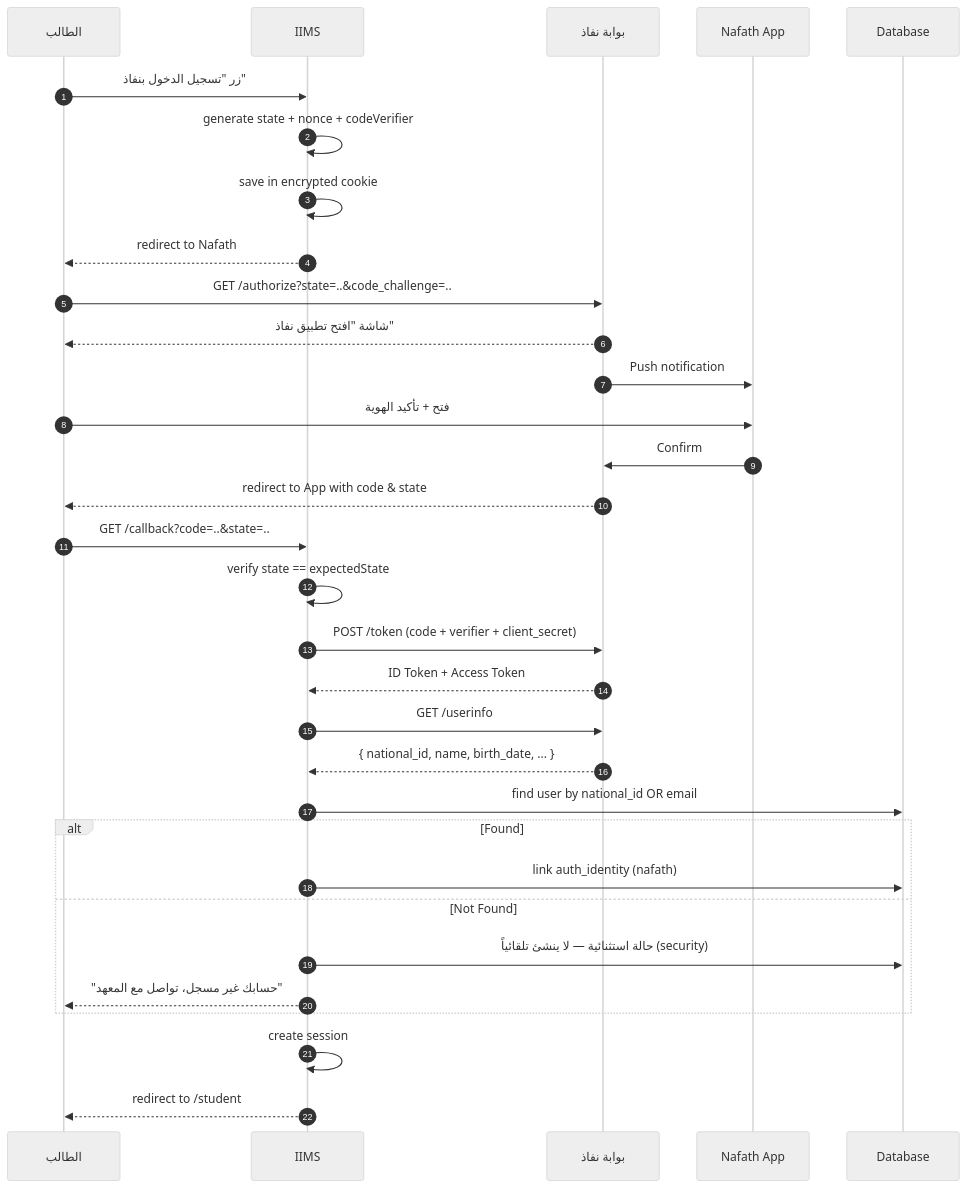
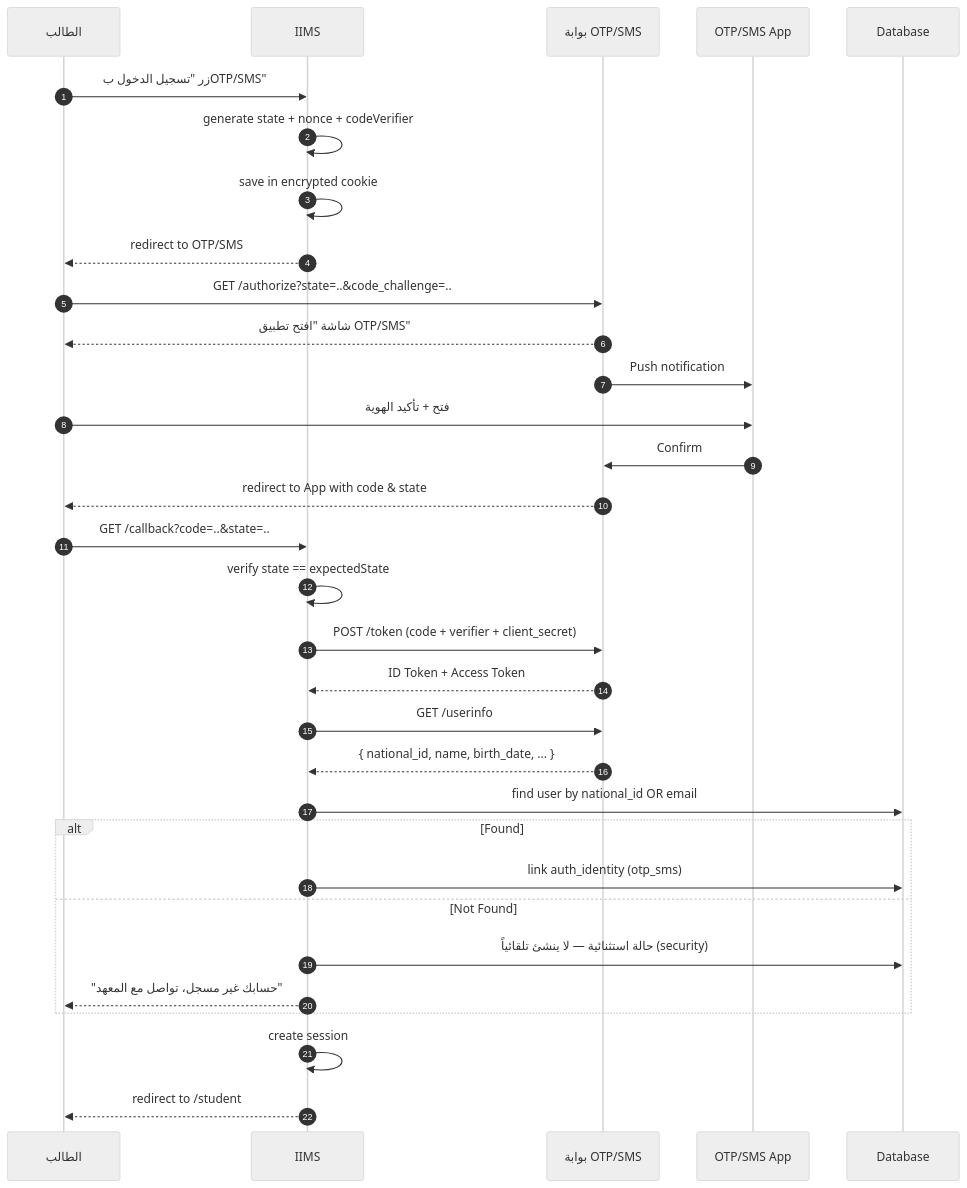
One commit to alharbib902-del/technical-handover changed the third of 4 diagrams in 03-المراحل-التنفيذية/10-التكاملات-والذكاء/خطة-المرحلة.md. Above: the diagram before and after it, drawn with Mermaid (neutral theme). The commit also changed other lines of this file and 22 other files, not shown here.

````diff
--- a/03-المراحل-التنفيذية/10-التكاملات-والذكاء/خطة-المرحلة.md
+++ b/03-المراحل-التنفيذية/10-التكاملات-والذكاء/خطة-المرحلة.md
@@ -2106,35 +2106,35 @@
 ```mermaid
 sequenceDiagram
     autonumber
     participant U as الطالب
     participant App as IIMS
-    participant N as بوابة نفاذ
-    participant A as Nafath App
+    participant N as بوابة OTP/SMS
+    participant A as OTP/SMS App
     participant DB as Database
 
-    U->>App: زر "تسجيل الدخول بنفاذ"
+    U->>App: زر "تسجيل الدخول بOTP/SMS"
     App->>App: generate state + nonce + codeVerifier
     App->>App: save in encrypted cookie
-    App-->>U: redirect to Nafath
+    App-->>U: redirect to OTP/SMS
     U->>N: GET /authorize?state=..&code_challenge=..
-    N-->>U: شاشة "افتح تطبيق نفاذ"
+    N-->>U: شاشة "افتح تطبيق OTP/SMS"
     N->>A: Push notification
     U->>A: فتح + تأكيد الهوية
     A->>N: Confirm
     N-->>U: redirect to App with code & state
     U->>App: GET /callback?code=..&state=..
     App->>App: verify state == expectedState
     App->>N: POST /token (code + verifier + client_secret)
     N-->>App: ID Token + Access Token
     App->>N: GET /userinfo
     N-->>App: { national_id, name, birth_date, ... }
     App->>DB: find user by national_id OR email
     alt Found
-        App->>DB: link auth_identity (nafath)
+        App->>DB: link auth_identity (otp_sms)
     else Not Found
         App->>DB: حالة استثنائية — لا ينشئ تلقائياً (security)
         App-->>U: "حسابك غير مسجل، تواصل مع المعهد"
     end
     App->>App: create session
     App-->>U: redirect to /student
 ```
````
